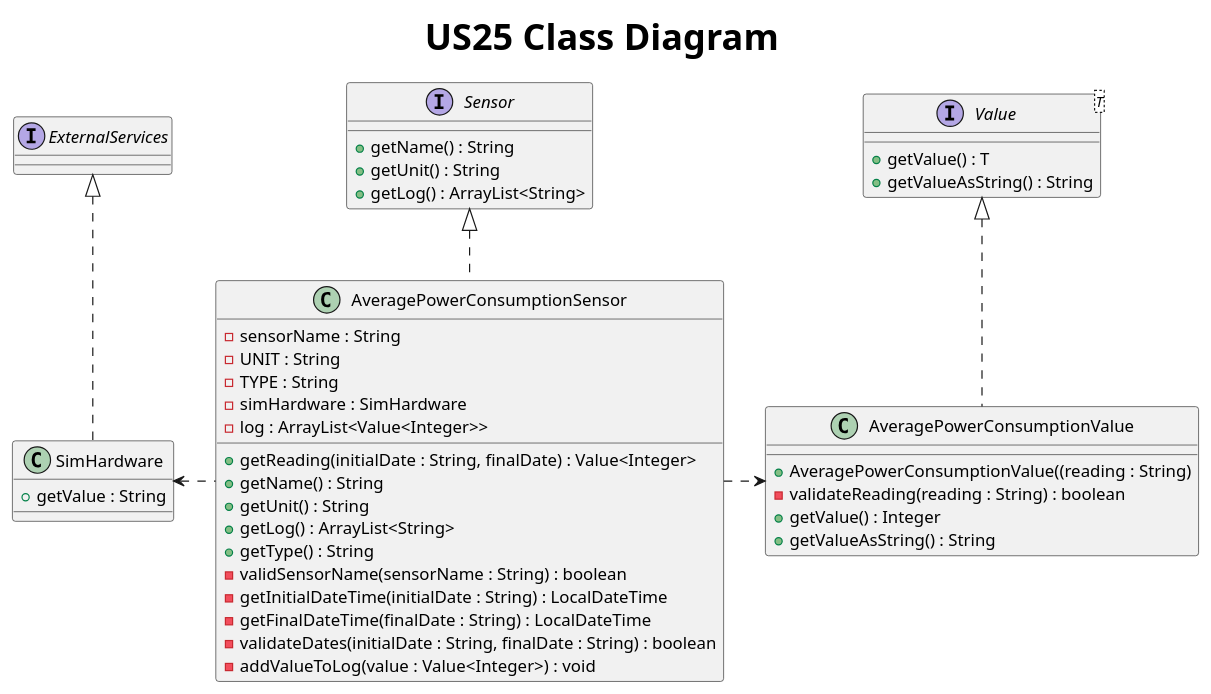
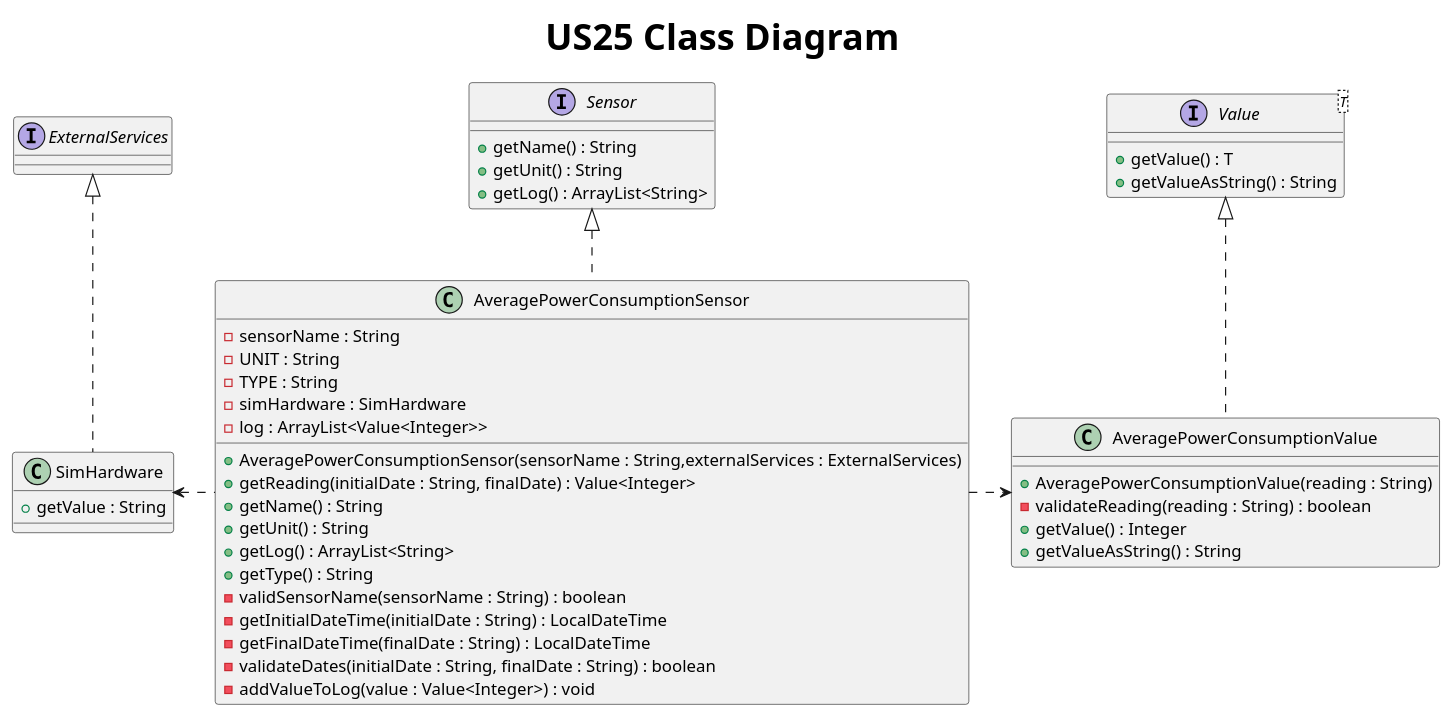
The diagram in Docs/US25/S3US25ClassDiagram.puml (AfonsoNeves77/smartHouse), drawn with PlantUML before and after one commit. The commit also changed 5 other files, not shown here.

Commit message:
Team review: added sensor constructor methods to sensor class diagrams.

```diff
--- a/Docs/US25/S3US25ClassDiagram.puml
+++ b/Docs/US25/S3US25ClassDiagram.puml
@@ -1,54 +1,55 @@
 @startuml
 title <size: 30> US25 Class Diagram
 
 interface Sensor {
     + getName() : String
     + getUnit() : String
     + getLog() : ArrayList<String>
 }
 
 interface Value<T> {
     + getValue() : T
     + getValueAsString() : String
 }
 
 interface ExternalServices {
 
 }
 
 class AveragePowerConsumptionSensor{
     - sensorName : String
     - UNIT : String
     - TYPE : String
     - simHardware : SimHardware
     - log : ArrayList<Value<Integer>>
 
+    +AveragePowerConsumptionSensor(sensorName : String,externalServices : ExternalServices)
     + getReading(initialDate : String, finalDate) : Value<Integer>
     + getName() : String
     + getUnit() : String
     + getLog() : ArrayList<String>
     + getType() : String
     - validSensorName(sensorName : String) : boolean
     - getInitialDateTime(initialDate : String) : LocalDateTime
     - getFinalDateTime(finalDate : String) : LocalDateTime
     - validateDates(initialDate : String, finalDate : String) : boolean
     - addValueToLog(value : Value<Integer>) : void
 }
 
 class AveragePowerConsumptionValue {
-    + AveragePowerConsumptionValue((reading : String)
+    + AveragePowerConsumptionValue(reading : String)
     - validateReading(reading : String) : boolean
     + getValue() : Integer
     + getValueAsString() : String
 }
 
 class SimHardware{
     + getValue : String
 }
 
 Value <|.. AveragePowerConsumptionValue
 Sensor <|.. AveragePowerConsumptionSensor
 ExternalServices <|.. SimHardware
 AveragePowerConsumptionSensor .right.> AveragePowerConsumptionValue
 AveragePowerConsumptionSensor .left.> SimHardware
 @enduml
```
